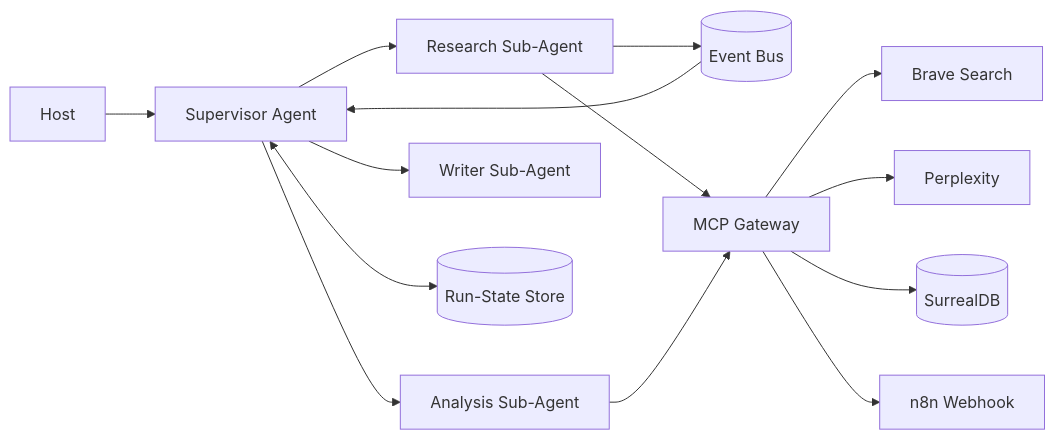
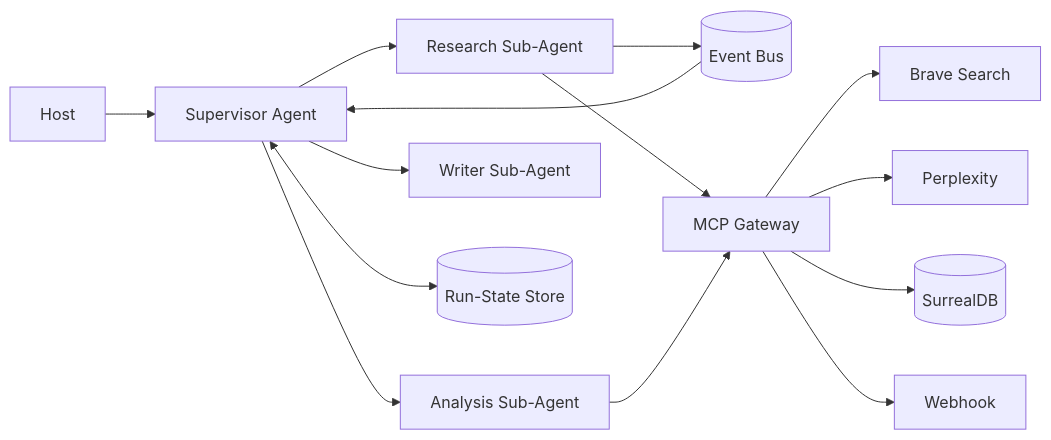
One commit to simonmak-ascent/opencode-workbench changed the diagram in docs/research/02-mcp-agent-skills-best-practices.md. Above: the diagram before and after it, drawn with Mermaid. The commit also changed other lines of this file and 69 other files, not shown here.

````diff
--- a/docs/research/02-mcp-agent-skills-best-practices.md
+++ b/docs/research/02-mcp-agent-skills-best-practices.md
@@ -279,16 +279,16 @@
 ```mermaid
 flowchart LR
     U[Host] --> S[Supervisor Agent]
     S --> R[Research Sub-Agent]
     S --> A[Analysis Sub-Agent]
     S --> W[Writer Sub-Agent]
     S <--> RM[(Run-State Store)]
     R --> EB[(Event Bus)]
     EB --> S
     R --> MCP[MCP Gateway]
     A --> MCP
     MCP --> B[Brave Search]
     MCP --> P[Perplexity]
     MCP --> DB[(SurrealDB)]
-    MCP --> N[n8n Webhook]
+    MCP --> N[Webhook]
 ```
````
